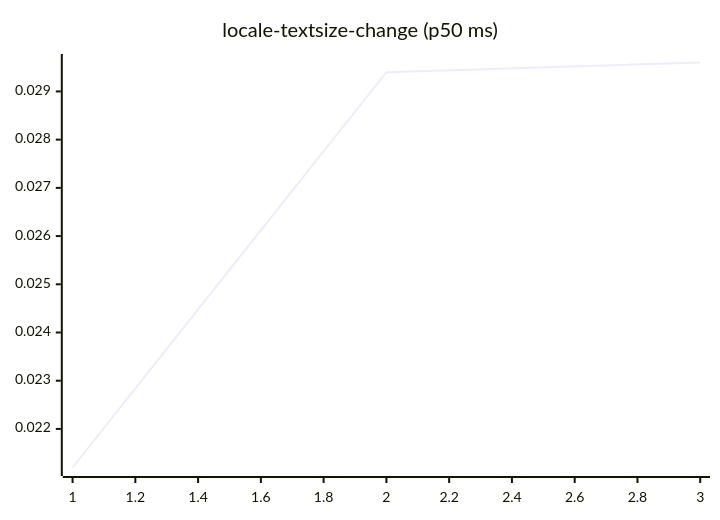
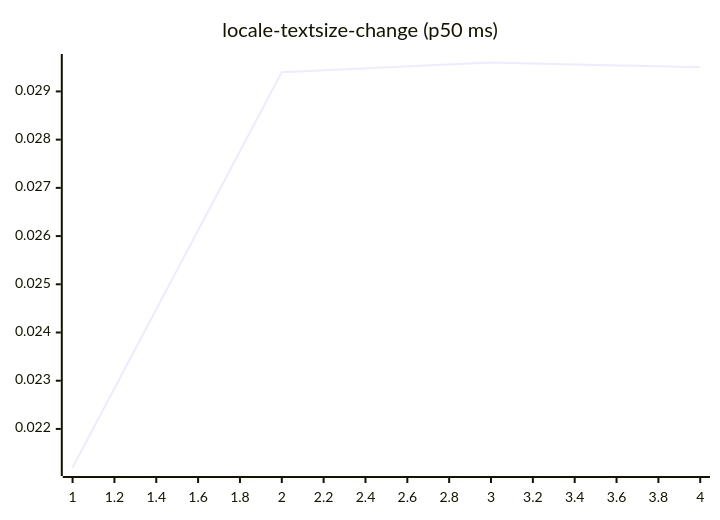
Before and after one commit to josha/Facet: diagram 13 of 27 in README.md, drawn with Mermaid. The commit also changed other lines of this file and 2 other files, not shown here.

````diff
--- a/README.md
+++ b/README.md
@@ -147,6 +147,6 @@
 ```mermaid
 xychart-beta
     title "locale-textsize-change (p50 ms)"
-    x-axis 1 --> 3
-    line [0.0212, 0.0294, 0.0296]
+    x-axis 1 --> 4
+    line [0.0212, 0.0294, 0.0296, 0.0295]
 ```
````
